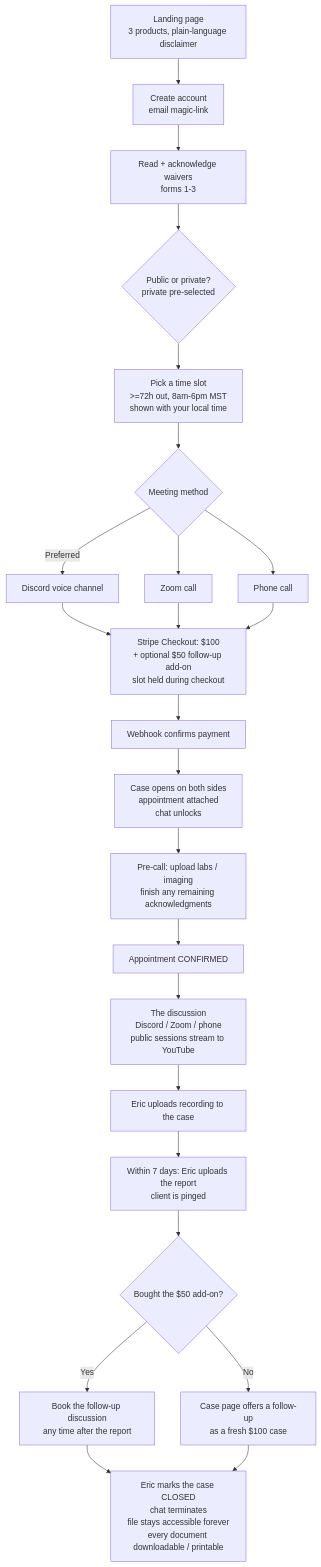
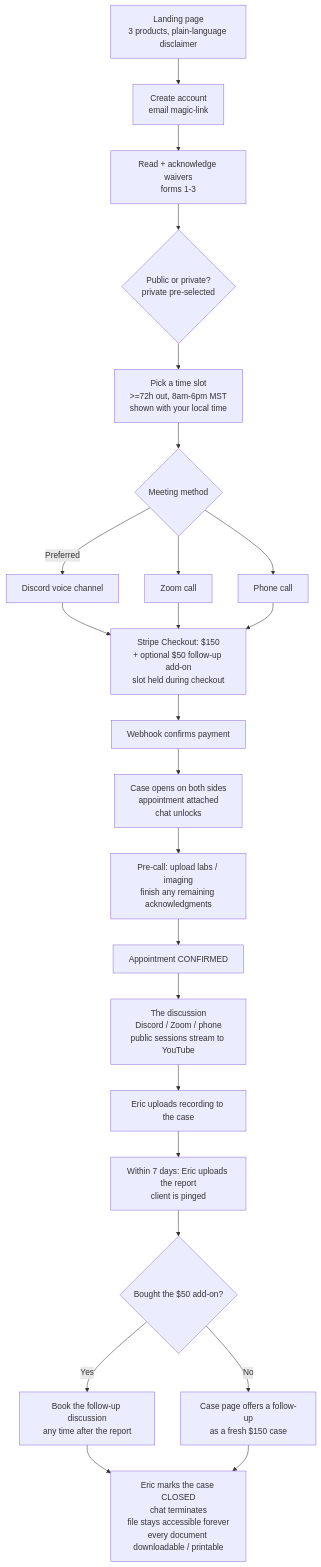
Before and after one commit to ebleach2010/Pocket-Advocate: the diagram in SPEC.md, drawn with Mermaid. The commit also changed other lines of this file and 14 other files, not shown here.

````diff
--- a/SPEC.md
+++ b/SPEC.md
@@ -115,26 +115,26 @@
 ```mermaid
 flowchart TD
     L[Landing page\n3 products, plain-language disclaimer] --> ACct[Create account\nemail magic-link]
     ACct --> W[Read + acknowledge waivers\nforms 1-3]
     W --> PP{Public or private?\nprivate pre-selected}
     PP --> SLOT[Pick a time slot\n>=72h out, 8am-6pm MST\nshown with your local time]
     SLOT --> METHOD{Meeting method}
     METHOD -->|Preferred| DIS[Discord voice channel]
     METHOD --> ZOOM[Zoom call]
     METHOD --> PHONE[Phone call]
-    DIS --> PAY[Stripe Checkout: $100\n+ optional $50 follow-up add-on\nslot held during checkout]
+    DIS --> PAY[Stripe Checkout: $150\n+ optional $50 follow-up add-on\nslot held during checkout]
     ZOOM --> PAY
     PHONE --> PAY
     PAY --> HOOK[Webhook confirms payment]
     HOOK --> CASE[Case opens on both sides\nappointment attached\nchat unlocks]
     CASE --> PRE[Pre-call: upload labs / imaging\nfinish any remaining acknowledgments]
     PRE --> CONF[Appointment CONFIRMED]
     CONF --> CALL[The discussion\nDiscord / Zoom / phone\npublic sessions stream to YouTube]
     CALL --> REC[Eric uploads recording to the case]
     REC --> RPT[Within 7 days: Eric uploads the report\nclient is pinged]
     RPT --> FU{Bought the $50 add-on?}
     FU -->|Yes| FUCALL[Book the follow-up discussion\nany time after the report]
-    FU -->|No| OFFER[Case page offers a follow-up\nas a fresh $100 case]
+    FU -->|No| OFFER[Case page offers a follow-up\nas a fresh $150 case]
     FUCALL --> CLOSE
     OFFER --> CLOSE[Eric marks the case CLOSED\nchat terminates\nfile stays accessible forever\nevery document downloadable / printable]
 ```
````
